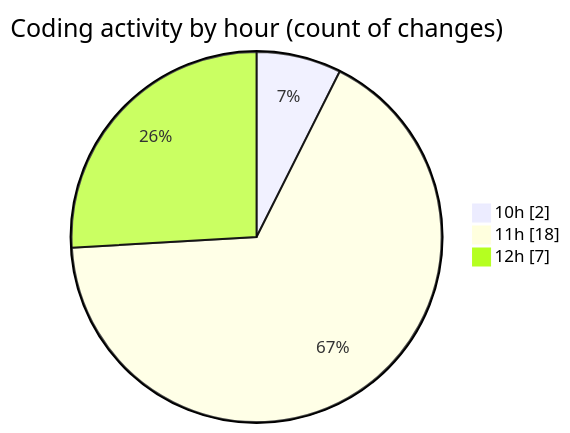
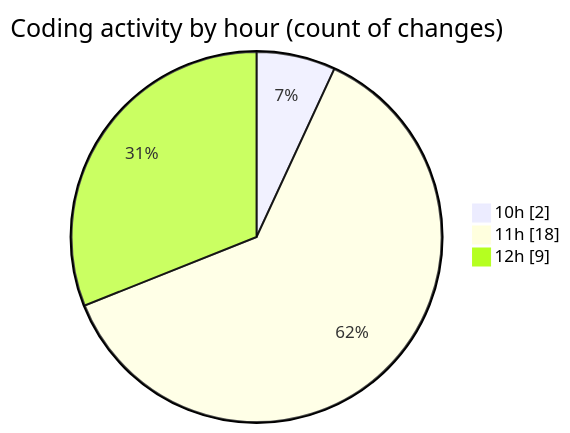
Before and after one commit to nxtqubesakshisongat/code-tracking: the second of 2 diagrams in 2025-08-05/nxtqube_webapp/README.md, drawn with Mermaid. The commit also changed other lines of this file and 1 other file, not shown here.

````diff
--- a/2025-08-05/nxtqube_webapp/README.md
+++ b/2025-08-05/nxtqube_webapp/README.md
@@ -33,7 +34,7 @@
 ```mermaid
 pie showData
 title Coding activity by hour (count of changes)
 "10h" : 2
 "11h" : 18
-"12h" : 7
+"12h" : 9
 ```
````
